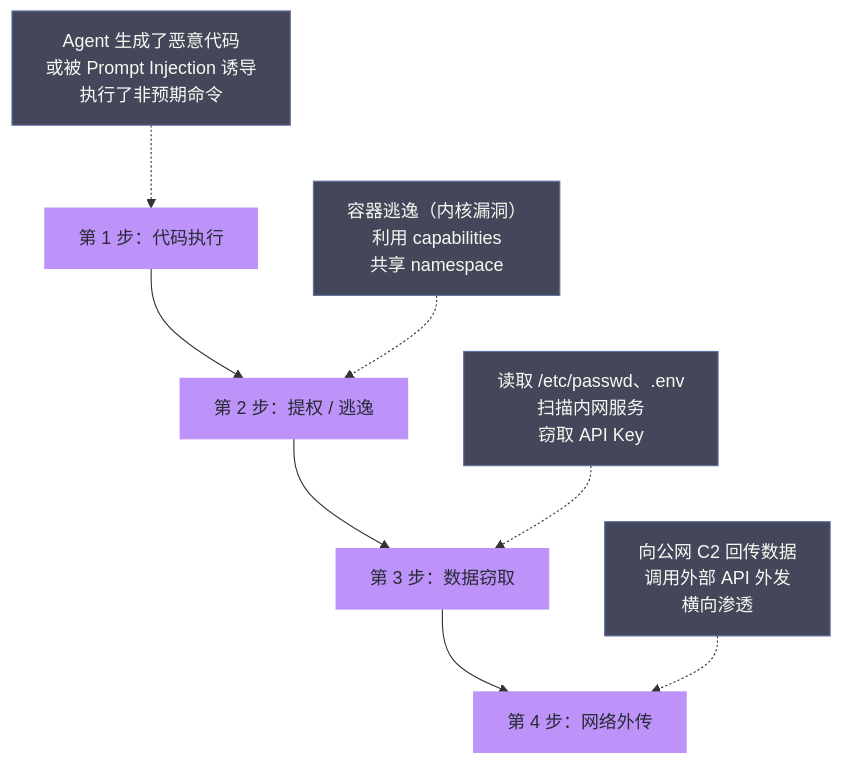
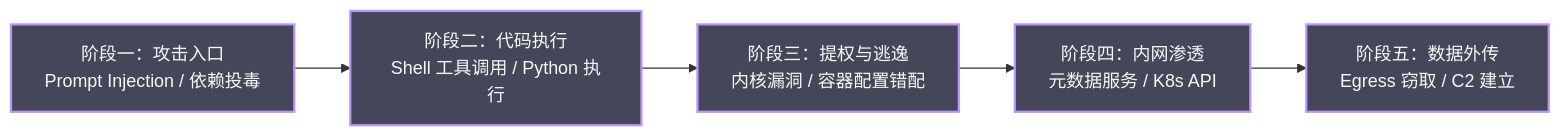
One commit to hpliStartAgain/my-brain changed the first of 8 diagrams in content/LLM/Agent沙箱技术/01 Agent 沙箱全景——威胁模型、六层技术栈与逻辑演进.md. Above: the diagram before and after it, drawn with Mermaid. The commit also changed other lines of this file and 17 other files, not shown here.

````diff
--- a/content/LLM/Agent沙箱技术/01 Agent 沙箱全景——威胁模型、六层技术栈与逻辑演进.md
+++ b/content/LLM/Agent沙箱技术/01 Agent 沙箱全景——威胁模型、六层技术栈与逻辑演进.md
@@ -78,17 +61,11 @@
 ```mermaid
-%%{init: {'theme': 'dracula', 'themeVariables': {'primaryColor': '#6272a4', 'primaryTextColor': '#f8f8f2', 'primaryBorderColor': '#bd93f9', 'lineColor': '#ff79c6', 'secondaryColor': '#44475a', 'tertiaryColor': '#282a36'}}%%
-graph TD
-    A["第 1 步：代码执行"] --> B["第 2 步：提权 / 逃逸"]
-    B --> C["第 3 步：数据窃取"]
-    C --> D["第 4 步：网络外传"]
+%%{init: {'theme': 'dracula'}}%%
+flowchart LR
+    A["阶段一：攻击入口<br/>Prompt Injection / 依赖投毒"] --> B["阶段二：代码执行<br/>Shell 工具调用 / Python 执行"]
+    B --> C["阶段三：提权与逃逸<br/>内核漏洞 / 容器配置错配"]
+    C --> D["阶段四：内网渗透<br/>元数据服务 / K8s API"]
+    D --> E["阶段五：数据外传<br/>Egress 窃取 / C2 建立"]
 
-    A1["Agent 生成了恶意代码<br/>或被 Prompt Injection 诱导<br/>执行了非预期命令"] -.-> A
-    B1["容器逃逸（内核漏洞）<br/>利用 capabilities<br/>共享 namespace"] -.-> B
-    C1["读取 /etc/passwd、.env<br/>扫描内网服务<br/>窃取 API Key"] -.-> C
-    D1["向公网 C2 回传数据<br/>调用外部 API 外发<br/>横向渗透"] -.-> D
-
-    classDef step fill:#bd93f9,stroke:#bd93f9,color:#282a36
-    classDef detail fill:#44475a,stroke:#6272a4,color:#f8f8f2
-    class A,B,C,D step
-    class A1,B1,C1,D1 detail
+    classDef stage fill:#44475a,stroke:#bd93f9,stroke-width:2px,color:#f8f8f2;
+    class A,B,C,D,E stage;
 ```
````
